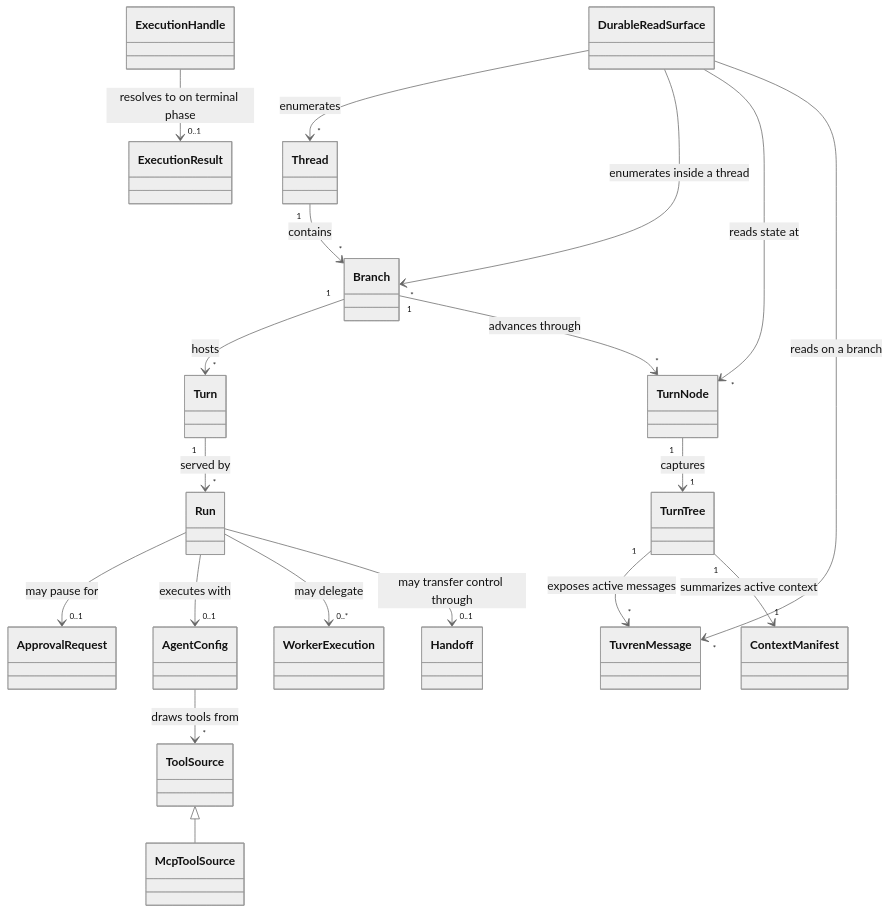
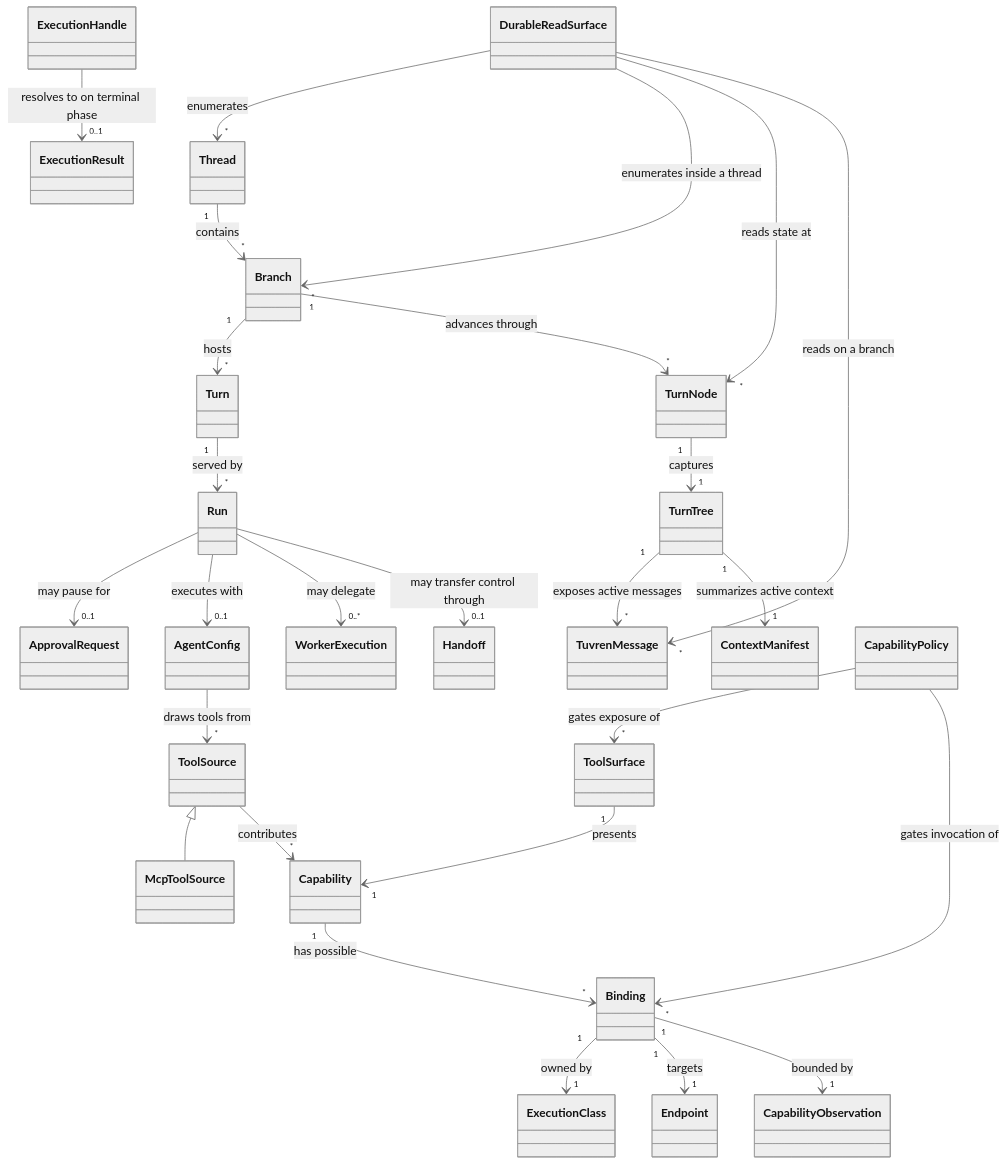
One commit to Tuvren/runtime changed the second of 2 diagrams in constitution/PRD.md. Above: the diagram before and after it, drawn with Mermaid (neutral theme). The commit also changed other lines of this file and 3 other files, not shown here.

````diff
--- a/constitution/PRD.md
+++ b/constitution/PRD.md
@@ -604,39 +688,54 @@
 ```mermaid
 classDiagram
 class Thread
 class Branch
 class Turn
 class Run
 class TurnNode
 class TurnTree
 class TuvrenMessage
 class ContextManifest
 class ApprovalRequest
 class AgentConfig
 class WorkerExecution
 class Handoff
 class ExecutionHandle
 class ExecutionResult
 class DurableReadSurface
 class ToolSource
 class McpToolSource
 
 Thread "1" --> "*" Branch : contains
 Branch "1" --> "*" Turn : hosts
 Turn "1" --> "*" Run : served by
 Branch "1" --> "*" TurnNode : advances through
 TurnNode "1" --> "1" TurnTree : captures
 TurnTree "1" --> "*" TuvrenMessage : exposes active messages
 TurnTree "1" --> "1" ContextManifest : summarizes active context
 Run --> "0..1" ApprovalRequest : may pause for
 Run --> "0..1" AgentConfig : executes with
 Run --> "0..*" WorkerExecution : may delegate
 Run --> "0..1" Handoff : may transfer control through
 ExecutionHandle --> "0..1" ExecutionResult : resolves to on terminal phase
 DurableReadSurface --> "*" Thread : enumerates
 DurableReadSurface --> "*" Branch : enumerates inside a thread
 DurableReadSurface --> "*" TurnNode : reads state at
 DurableReadSurface --> "*" TuvrenMessage : reads on a branch
 ToolSource <|-- McpToolSource
 AgentConfig --> "*" ToolSource : draws tools from
+class ToolSurface
+class Capability
+class ExecutionClass
+class Binding
+class Endpoint
+class CapabilityPolicy
+class CapabilityObservation
+ToolSurface "1" --> "1" Capability : presents
+ToolSource --> "*" Capability : contributes
+Capability "1" --> "*" Binding : has possible
+Binding "1" --> "1" ExecutionClass : owned by
+Binding "1" --> "1" Endpoint : targets
+Binding "1" --> "1" CapabilityObservation : bounded by
+CapabilityPolicy --> "*" ToolSurface : gates exposure of
+CapabilityPolicy --> "*" Binding : gates invocation of
 ```
````
